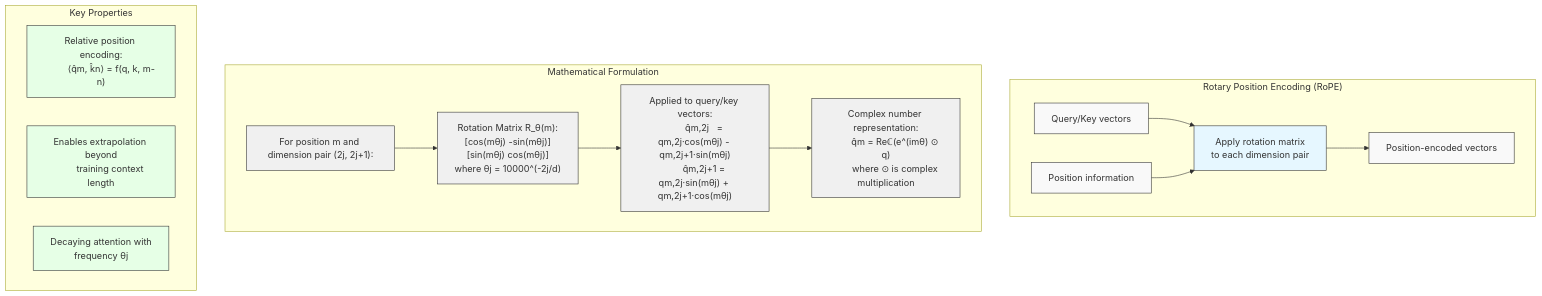
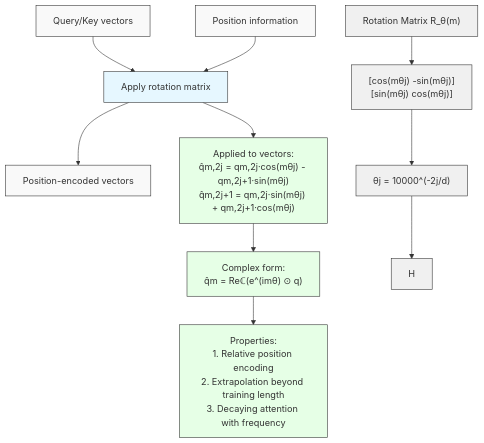
One commit to HarshTomar1234/VLMverse changed the diagram in rope-position-encoding.mermaid. Above: the diagram before and after it, drawn with Mermaid.

````diff
--- a/rope-position-encoding.mermaid
+++ b/rope-position-encoding.mermaid
@@ -1,50 +1,30 @@
-```mermaid
 graph TD
-    subgraph "Rotary Position Encoding (RoPE)"
-        A[Query/Key vectors] --> C
-        B[Position information] --> C
-        C[Apply rotation matrix\nto each dimension pair] --> D[Position-encoded vectors]
-    end
+    A[Query/Key vectors] --> C
+    B[Position information] --> C
+    C[Apply rotation matrix] --> D[Position-encoded vectors]
     
-    subgraph "Mathematical Formulation"
-        E["For position m and dimension pair (2j, 2j+1):"]
-        
-        F["Rotation Matrix R_θ(m):
-        [cos(mθj)  -sin(mθj)]
-        [sin(mθj)   cos(mθj)]
-        where θj = 10000^(-2j/d)"]
-        
-        G["Applied to query/key vectors:
-        q̂m,2j   = qm,2j·cos(mθj) - qm,2j+1·sin(mθj)
-        q̂m,2j+1 = qm,2j·sin(mθj) + qm,2j+1·cos(mθj)"]
-        
-        H["Complex number representation:
-        q̂m = Reℂ(e^(imθ) ⊙ q)
-        where ⊙ is complex multiplication"]
-        
-        E --> F --> G --> H
-    end
+    E["Rotation Matrix R_θ(m)"] --> F
+    F["[cos(mθj)  -sin(mθj)]<br/>[sin(mθj)   cos(mθj)]"] --> G
+    G["θj = 10000^(-2j/d)"] --> H
     
-    subgraph "Key Properties"
-        I["Relative position encoding:
-        ⟨q̂m, k̂n⟩ = f(q, k, m-n)"]
-        
-        J["Enables extrapolation beyond
-        training context length"]
-        
-        K["Decaying attention with
-        frequency θj"]
-    end
+    I["Applied to vectors:<br/>q̂m,2j = qm,2j·cos(mθj) - qm,2j+1·sin(mθj)<br/>q̂m,2j+1 = qm,2j·sin(mθj) + qm,2j+1·cos(mθj)"]
+    
+    J["Complex form:<br/>q̂m = Reℂ(e^(imθ) ⊙ q)"]
+    
+    K["Properties:<br/>1. Relative position encoding<br/>2. Extrapolation beyond training length<br/>3. Decaying attention with frequency"]
+    
+    C --> I
+    I --> J
+    J --> K
     
     style A fill:#f9f9f9,stroke:#333,stroke-width:1px
     style B fill:#f9f9f9,stroke:#333,stroke-width:1px
     style C fill:#e6f7ff,stroke:#333,stroke-width:1px
     style D fill:#f9f9f9,stroke:#333,stroke-width:1px
     style E fill:#f0f0f0,stroke:#333,stroke-width:1px
     style F fill:#f0f0f0,stroke:#333,stroke-width:1px
     style G fill:#f0f0f0,stroke:#333,stroke-width:1px
     style H fill:#f0f0f0,stroke:#333,stroke-width:1px
     style I fill:#e6ffe6,stroke:#333,stroke-width:1px
     style J fill:#e6ffe6,stroke:#333,stroke-width:1px
     style K fill:#e6ffe6,stroke:#333,stroke-width:1px
-```
````
